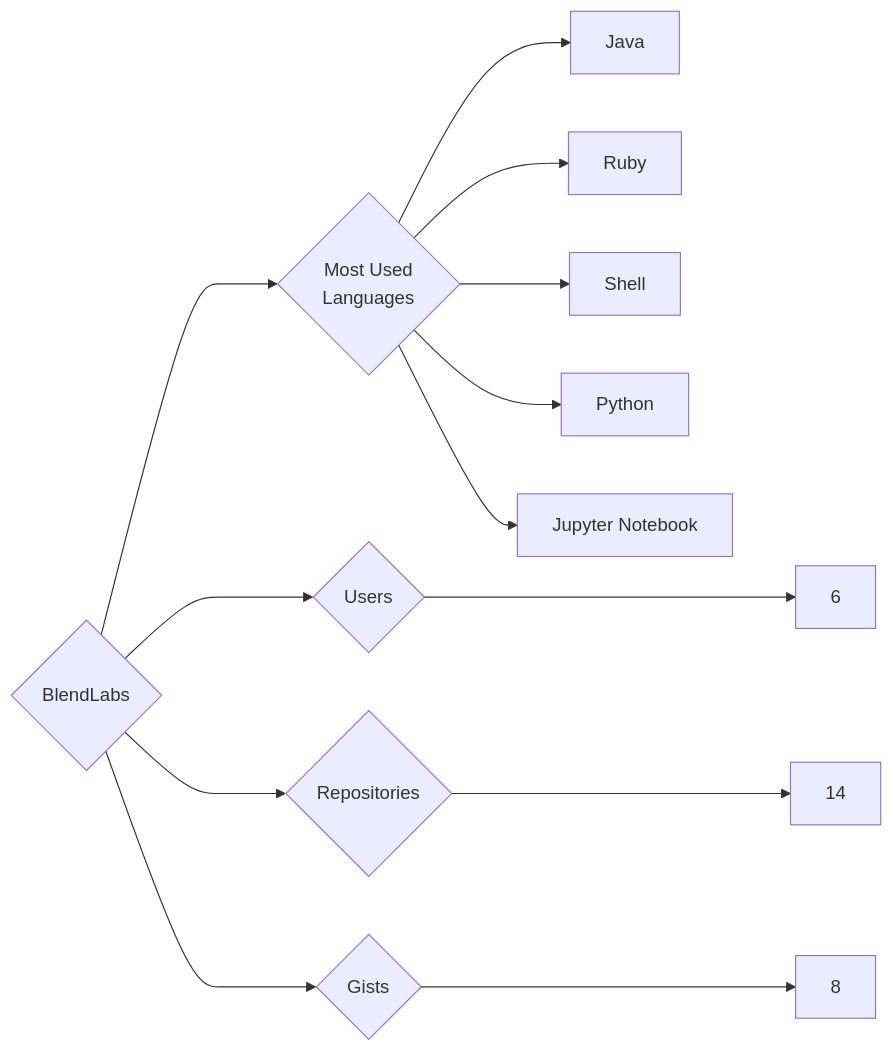
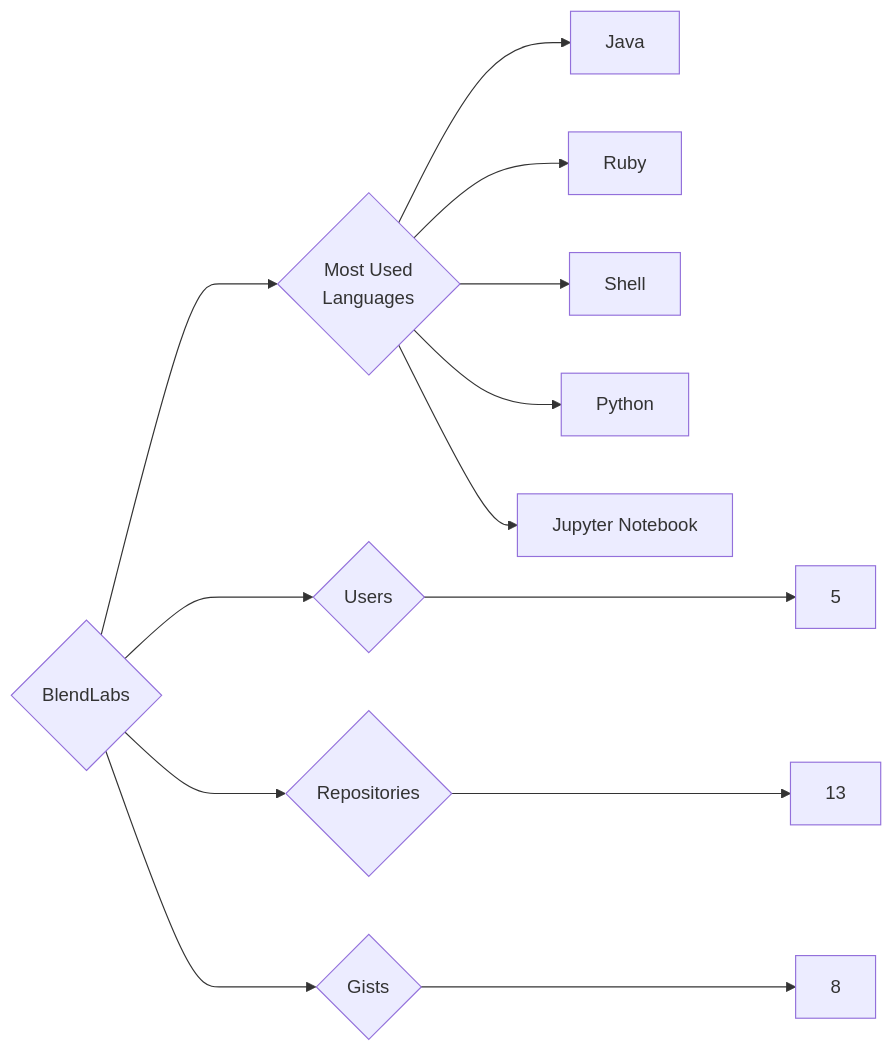
Before and after one commit to trickest/insiders: the diagram in targets/BlendLabs/README.md, drawn with Mermaid. The commit also changed 912 other files, not shown here.

````diff
--- a/targets/BlendLabs/README.md
+++ b/targets/BlendLabs/README.md
@@ -3,13 +3,13 @@
 ```mermaid
 graph LR
 COMPANY_NAME{BlendLabs}
-COMPANY_NAME ---> U{Users} ---> UN[6]
-COMPANY_NAME ---> R{Repositories} ---> RN[14]
+COMPANY_NAME ---> U{Users} ---> UN[5]
+COMPANY_NAME ---> R{Repositories} ---> RN[13]
 COMPANY_NAME ---> G{Gists} ---> GN[8]
 COMPANY_NAME ---> ML{Most Used<br>Languages}
 ML --> Java[Java]
 ML --> Ruby[Ruby]
 ML --> Shell[Shell]
 ML --> Python[Python]
 ML --> Jupyter_Notebook[Jupyter Notebook]
 ```
````
